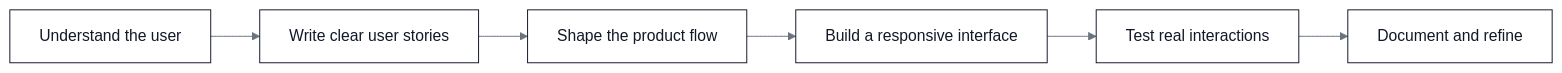
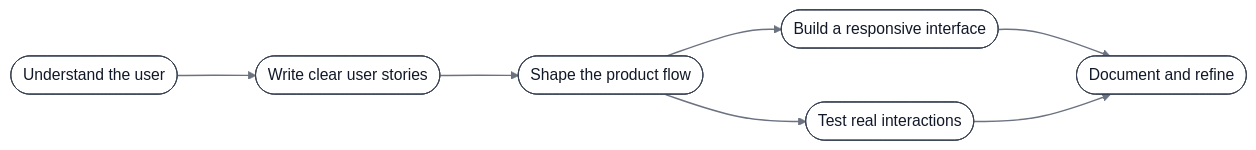
The diagram in README.md (MalikAhed/MalikAhed), drawn with Mermaid before and after one commit.

Commit message:
Flatten workflow chart with curved scattered layout

````diff
--- a/README.md
+++ b/README.md
@@ -70,12 +70,14 @@
 ```mermaid
-%%{init: {"theme": "base", "themeVariables": {"primaryColor": "#ffffff", "primaryTextColor": "#111827", "primaryBorderColor": "#111827", "lineColor": "#6b7280", "secondaryColor": "#ffffff", "tertiaryColor": "#ffffff"}}}%%
+%%{init: {"theme": "base", "flowchart": {"curve": "basis", "nodeSpacing": 55, "rankSpacing": 80}, "themeVariables": {"primaryColor": "#ffffff", "primaryTextColor": "#111827", "primaryBorderColor": "#374151", "lineColor": "#6b7280", "secondaryColor": "#ffffff", "tertiaryColor": "#ffffff"}}}%%
 flowchart LR
-    A[Understand the user] --> B[Write clear user stories]
-    B --> C[Shape the product flow]
-    C --> D[Build a responsive interface]
-    D --> E[Test real interactions]
-    E --> F[Document and refine]
+    A([Understand the user]) --> B([Write clear user stories])
+    B --> C([Shape the product flow])
+    C --> D([Build a responsive interface])
+    C --> E([Test real interactions])
+    D --> F([Document and refine])
+    E --> F
 
-    classDef clean fill:#ffffff,stroke:#111827,stroke-width:1px,color:#111827;
+    classDef clean fill:#ffffff,stroke:#374151,stroke-width:1px,color:#111827;
     class A,B,C,D,E,F clean;
+    linkStyle default stroke:#6b7280,stroke-width:1.5px;
 ```
````
